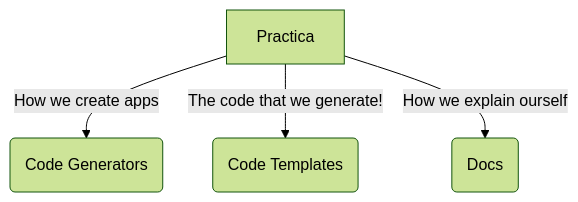
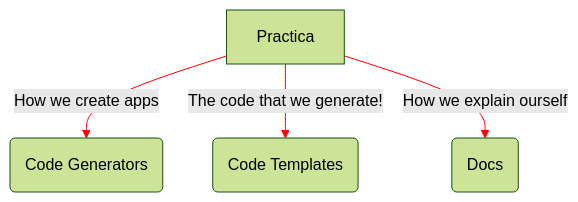
One commit to marcosmol204/practica changed the first of 4 diagrams in CONTRIBUTING.md. Above: the diagram before and after it, drawn with Mermaid.

````diff
--- a/CONTRIBUTING.md
+++ b/CONTRIBUTING.md
@@ -60,9 +60,9 @@
 ```mermaid
-%%{init: {'theme': 'forest', 'themeVariables': { 'primaryColor': '#ff0000', 'fontWeight': 'bold', 'fontFamily': 'comfortaa, Roboto'}}}%%
+%%{init: {'theme': 'forest', 'themeVariables': { 'lineColor': '#ff0000', 'primaryColor': '#ff0000', 'fontWeight': 'bold', 'fontFamily': 'comfortaa, Roboto'}}}%%
 graph
       A[Practica] -->|How we create apps| B(Code Generators)
       A -->|The code that we generate!| C(Code Templates)
       A -->|How we explain ourself| D(Docs)
 
 
 ```
````
